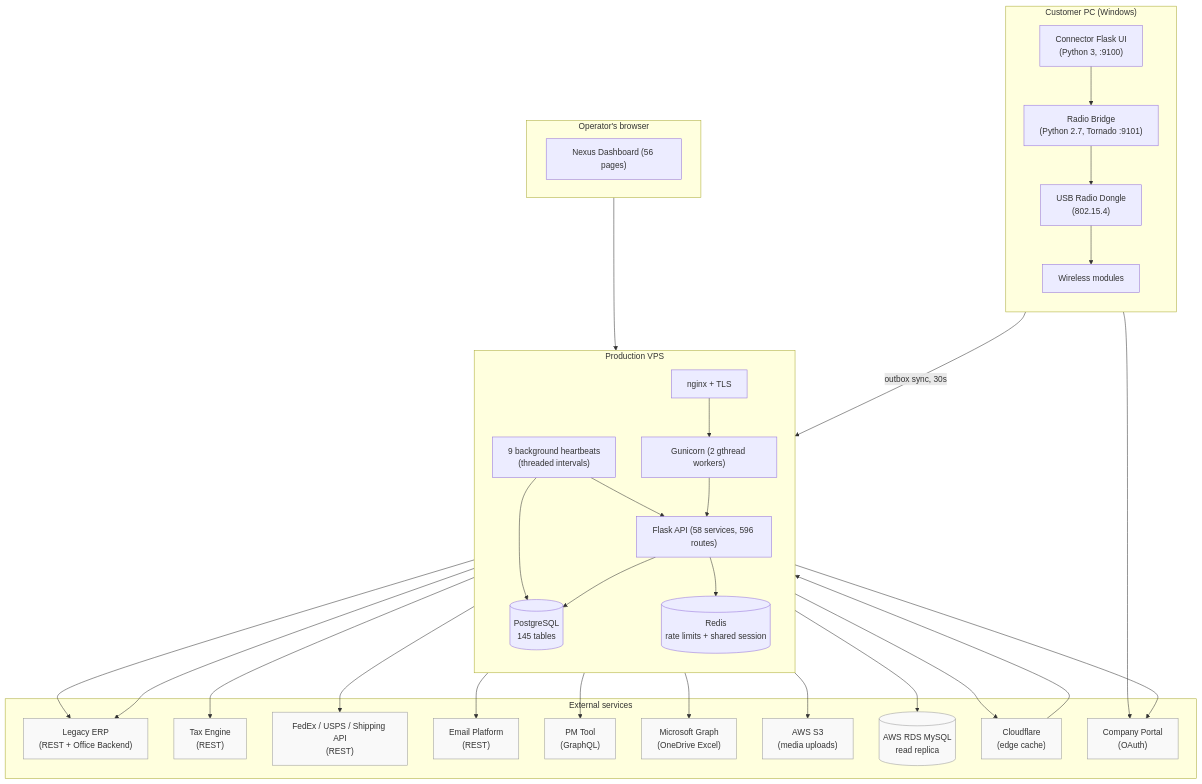
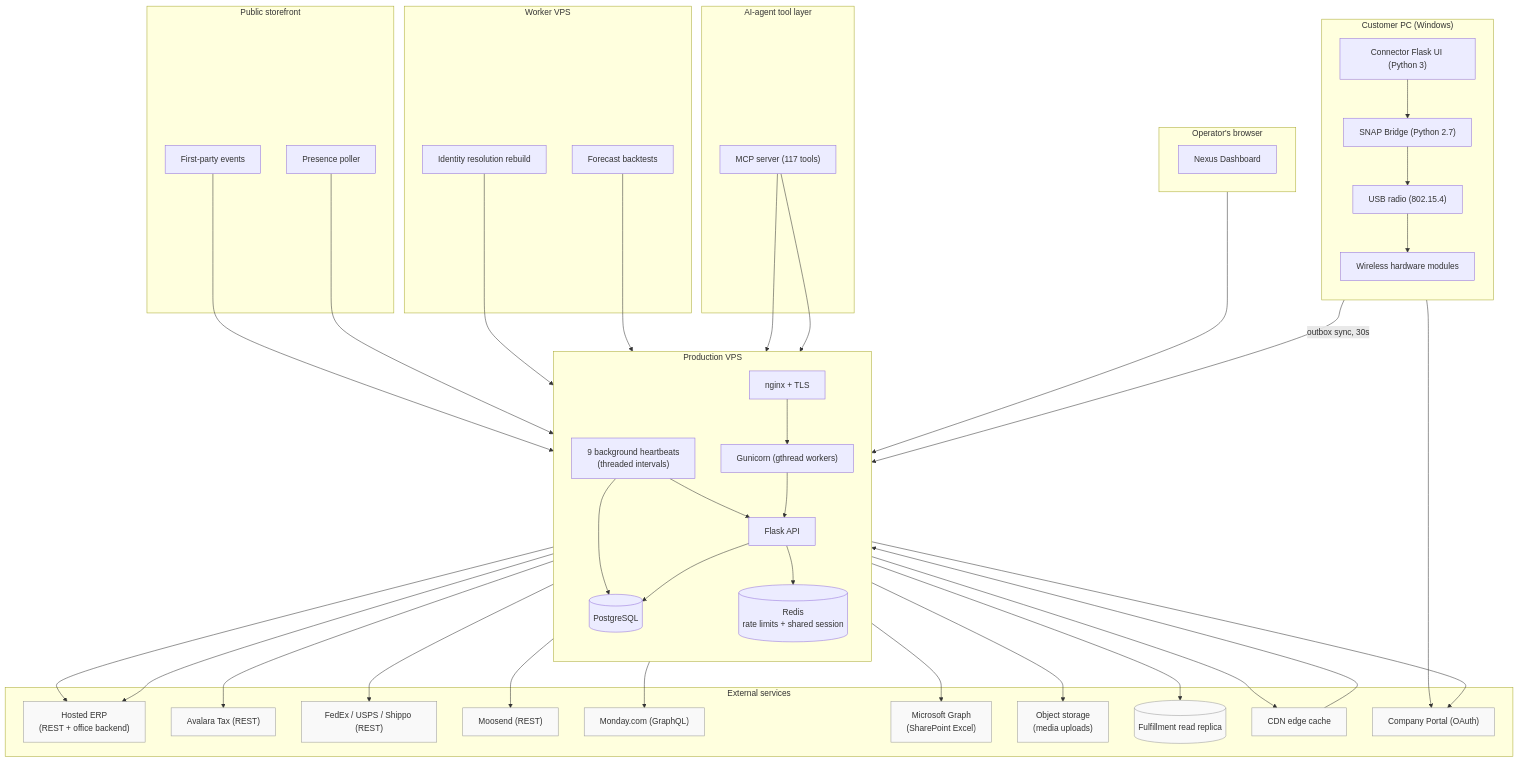
The second of 2 diagrams in nexus/architecture/ARCHITECTURE.md (ryanzegalia/portfolio), drawn with Mermaid before and after one commit. The commit also changed other lines of this file and 61 other files, not shown here.

````diff
--- a/nexus/architecture/ARCHITECTURE.md
+++ b/nexus/architecture/ARCHITECTURE.md
@@ -11,16 +74,16 @@
 ```mermaid
 flowchart TB
     subgraph Browser["Operator's browser"]
-        Dashboard["Nexus Dashboard (56 pages)"]
+        Dashboard["Nexus Dashboard"]
     end
 
     subgraph VPS["Production VPS"]
         direction TB
-        Nginx[nginx + TLS]
-        Gunicorn["Gunicorn (2 gthread workers)"]
-        Flask["Flask API (58 services, 596 routes)"]
-        Postgres[(PostgreSQL<br/>145 tables)]
-        Redis[(Redis<br/>rate limits + shared session)]
+        Nginx["nginx + TLS"]
+        Gunicorn["Gunicorn (gthread workers)"]
+        Flask["Flask API"]
+        Postgres[("PostgreSQL")]
+        Redis[("Redis<br/>rate limits + shared session")]
         Heartbeats["9 background heartbeats<br/>(threaded intervals)"]
 
         Nginx --> Gunicorn
@@ -31,49 +94,70 @@
         Heartbeats --> Flask
     end
 
+    subgraph Worker["Worker VPS"]
+        IdentityJob["Identity resolution rebuild"]
+        ForecastJob["Forecast backtests"]
+    end
+
+    subgraph Agents["AI-agent tool layer"]
+        MCP["MCP server (117 tools)"]
+    end
+
+    subgraph Storefront["Public storefront"]
+        Events["First-party events"]
+        Presence["Presence poller"]
+    end
+
     subgraph External["External services"]
-        ERP["Legacy ERP<br/>(REST + Office Backend)"]
-        TaxEngine["Tax Engine<br/>(REST)"]
-        Carriers["FedEx / USPS / Shipping API<br/>(REST)"]
-        EmailPlatform["Email Platform<br/>(REST)"]
-        Monday["PM Tool<br/>(GraphQL)"]
-        MSGraph["Microsoft Graph<br/>(OneDrive Excel)"]
-        S3["AWS S3<br/>(media uploads)"]
-        RDS[("AWS RDS MySQL<br/>read replica")]
-        Cloudflare["Cloudflare<br/>(edge cache)"]
-        Portal["Company Portal<br/>(OAuth)"]
+        ERP["Hosted ERP<br/>(REST + office backend)"]
+        Avalara["Avalara Tax (REST)"]
+        Carriers["FedEx / USPS / Shippo (REST)"]
+        Moosend["Moosend (REST)"]
+        Monday["Monday.com (GraphQL)"]
+        MSGraph["Microsoft Graph<br/>(SharePoint Excel)"]
+        S3["Object storage<br/>(media uploads)"]
+        RDS[("Fulfillment read replica")]
+        CDN["CDN edge cache"]
+        Portal["Company Portal (OAuth)"]
     end
 
     subgraph Connector["Customer PC (Windows)"]
         direction TB
-        ConnectorUI["Connector Flask UI<br/>(Python 3, :9100)"]
-        Bridge["Radio Bridge<br/>(Python 2.7, Tornado :9101)"]
-        RadioDongle["USB Radio Dongle<br/>(802.15.4)"]
-        Modules["Wireless modules"]
+        ConnectorUI["Connector Flask UI (Python 3)"]
+        Bridge["SNAP Bridge (Python 2.7)"]
+        SnapStick["USB radio (802.15.4)"]
+        Modules["Wireless hardware modules"]
 
         ConnectorUI --> Bridge
-        Bridge --> RadioDongle
-        RadioDongle --> Modules
+        Bridge --> SnapStick
+        SnapStick --> Modules
     end
 
     Browser --> Nginx
-    Cloudflare --> Nginx
+    CDN --> Nginx
 
     Heartbeats --> ERP
-    Heartbeats --> TaxEngine
-    Heartbeats --> EmailPlatform
+    Heartbeats --> Avalara
+    Heartbeats --> Moosend
     Heartbeats --> MSGraph
     Flask --> ERP
     Flask --> Carriers
     Flask --> Monday
     Flask --> S3
     Flask --> RDS
-    Flask --> Cloudflare
+    Flask --> CDN
     Flask --> Portal
+
+    Events --> Flask
+    Presence --> Flask
+    IdentityJob --> Postgres
+    ForecastJob --> Postgres
+    MCP --> Flask
+    MCP --> Postgres
 
     ConnectorUI -->|outbox sync, 30s| Flask
     ConnectorUI --> Portal
 
     classDef external fill:#f9f9f9,stroke:#999
-    class ERP,TaxEngine,Carriers,EmailPlatform,Monday,MSGraph,S3,RDS,Cloudflare,Portal external
+    class ERP,Avalara,Carriers,Moosend,Monday,MSGraph,S3,RDS,CDN,Portal external
 ```
````
